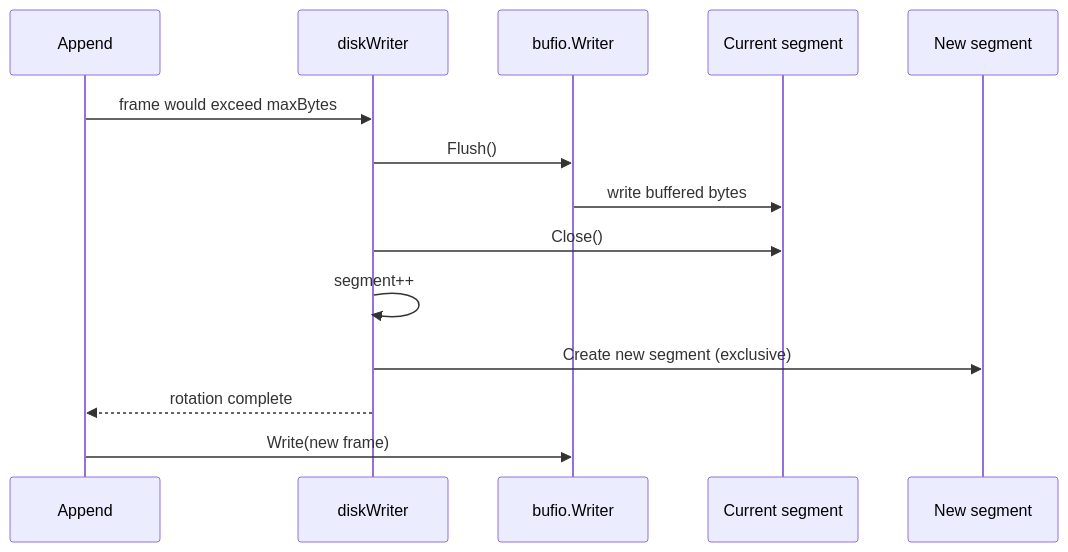
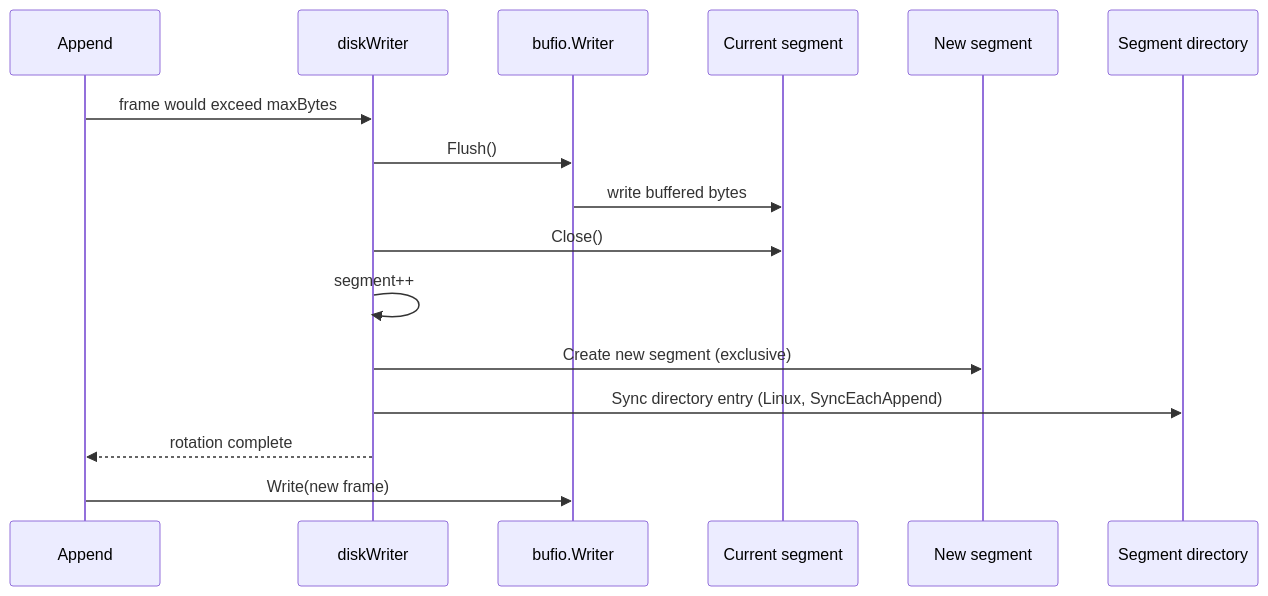
The sixth of 8 diagrams in docs/storage_disk.md (gunesis-game/pulsyflux-stream), drawn with Mermaid before and after one commit. The commit also changed other lines of this file, not shown here.

Commit message:
docs(storage): define strict Linux and Windows sync durability

````diff
--- a/docs/storage_disk.md
+++ b/docs/storage_disk.md
@@ -241,17 +241,19 @@
 ```mermaid
 sequenceDiagram
     participant A as Append
     participant W as diskWriter
     participant B as bufio.Writer
     participant F1 as Current segment
     participant F2 as New segment
+    participant D as Segment directory
 
     A->>W: frame would exceed maxBytes
     W->>B: Flush()
     B->>F1: write buffered bytes
     W->>F1: Close()
     W->>W: segment++
     W->>F2: Create new segment (exclusive)
+    W->>D: Sync directory entry (Linux, SyncEachAppend)
     W-->>A: rotation complete
     A->>B: Write(new frame)
 ```
````
